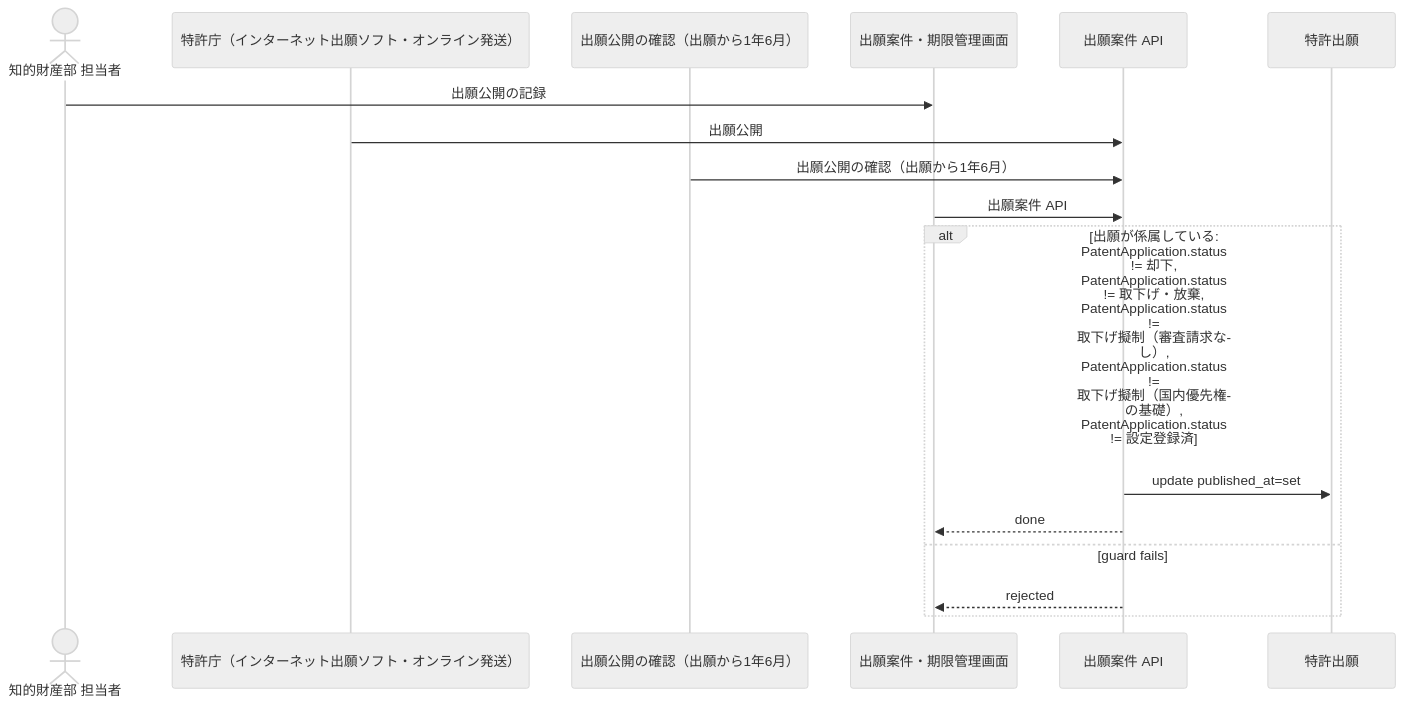
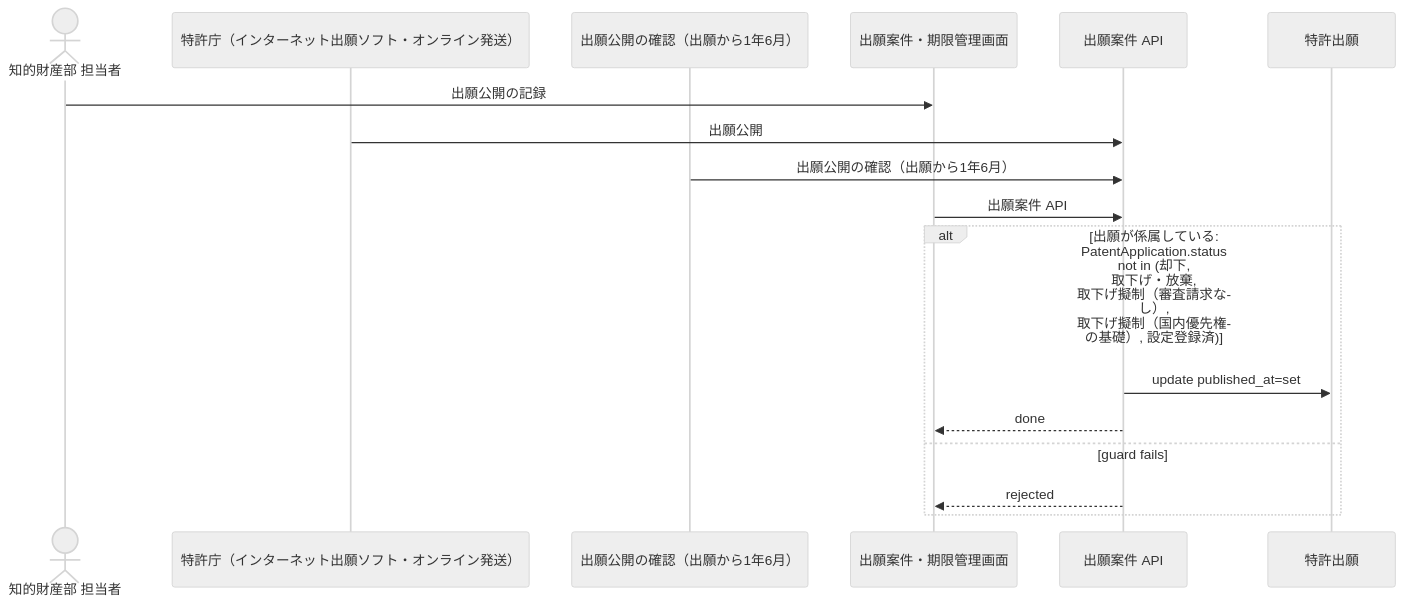
One commit to manji-0/rdra-ish-dsl changed the diagram in samples/patent-ops/out/uc/sequence_RecordPublication.mmd. Above: the diagram before and after it, drawn with Mermaid (neutral theme). The commit also changed 15 other files, not shown here.

First line of the commit message:
docs(samples): write patent-ops guards and rules with `in` / `not in`

```diff
--- a/samples/patent-ops/out/uc/sequence_RecordPublication.mmd
+++ b/samples/patent-ops/out/uc/sequence_RecordPublication.mmd
@@ -1,20 +1,20 @@
 %% rdra-ish diagram=sequence scope=usecase:RecordPublication model=samples/patent-ops
 %% kinds: actor extsystem timer screen api entity
 %% omitted: buc step medium permission event condition
 sequenceDiagram
   actor actor__IpStaff as 知的財産部 担当者
   participant extsystem__Jpo as 特許庁（インターネット出願ソフト・オンライン発送）
   participant timer__PublicationCheck as 出願公開の確認（出願から1年6月）
   participant screen__ApplicationDocketScreen as 出願案件・期限管理画面
   participant api__ApplicationDocketApi as 出願案件 API
   participant entity__PatentApplication as 特許出願
   actor__IpStaff ->> screen__ApplicationDocketScreen: 出願公開の記録
   extsystem__Jpo ->> api__ApplicationDocketApi: 出願公開
   timer__PublicationCheck ->> api__ApplicationDocketApi: 出願公開の確認（出願から1年6月）
   screen__ApplicationDocketScreen ->> api__ApplicationDocketApi: 出願案件 API
-  alt 出願が係属している: PatentApplication.status != 却下, PatentApplication.status != 取下げ・放棄, PatentApplication.status != 取下げ擬制（審査請求なし）, PatentApplication.status != 取下げ擬制（国内優先権の基礎）, PatentApplication.status != 設定登録済
+  alt 出願が係属している: PatentApplication.status not in (却下, 取下げ・放棄, 取下げ擬制（審査請求なし）, 取下げ擬制（国内優先権の基礎）, 設定登録済)
     api__ApplicationDocketApi ->> entity__PatentApplication: update published_at=set
     api__ApplicationDocketApi -->> screen__ApplicationDocketScreen: done
   else guard fails
     api__ApplicationDocketApi -->> screen__ApplicationDocketScreen: rejected
   end
```
